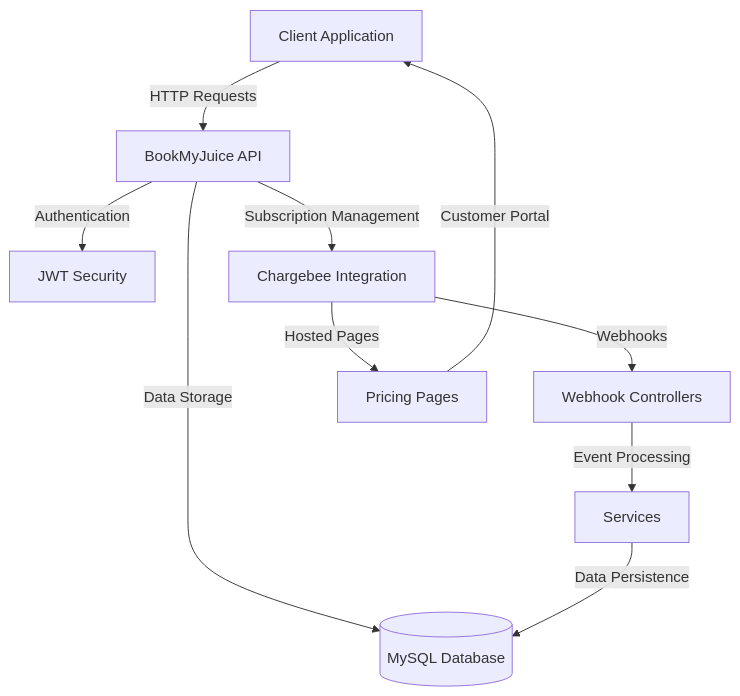
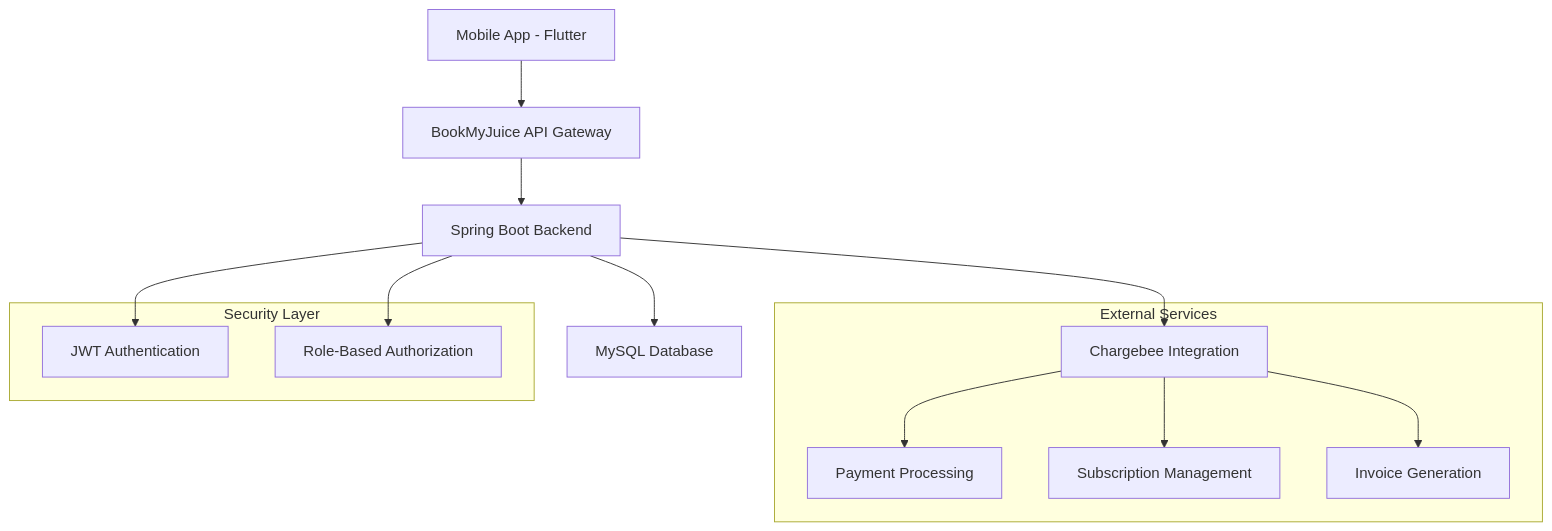
Before and after one commit to bookmyjuice/bmjServer: the first of 4 diagrams in README.md, drawn with Mermaid. The commit also changed other lines of this file and 134 other files, not shown here.

Commit message:
authentication and chargebee integration doen using QWEN code

````diff
--- a/README.md
+++ b/README.md
@@ -186,12 +11,24 @@
 ```mermaid
 graph TD
-    Client[Client Application] --> |HTTP Requests| API[BookMyJuice API]
-    API --> |Authentication| JWT[JWT Security]
-    API --> |Subscription Management| CB[Chargebee Integration]
-    API --> |Data Storage| DB[(MySQL Database)]
-    CB --> |Webhooks| WH[Webhook Controllers]
-    WH --> |Event Processing| SRV[Services]
-    SRV --> |Data Persistence| DB
-    CB --> |Hosted Pages| PP[Pricing Pages]
-    PP --> |Customer Portal| Client
+    A[Mobile App - Flutter] --> B[BookMyJuice API Gateway]
+    B --> C[Spring Boot Backend]
+    C --> D[MySQL Database]
+    C --> E[Chargebee Integration]
+    E --> F[Payment Processing]
+    E --> G[Subscription Management]
+    E --> H[Invoice Generation]
+    C --> I[JWT Authentication]
+    C --> J[Role-Based Authorization]
+    
+    subgraph "External Services"
+        E
+        F
+        G
+        H
+    end
+    
+    subgraph "Security Layer"
+        I
+        J
+    end
 ```
````
